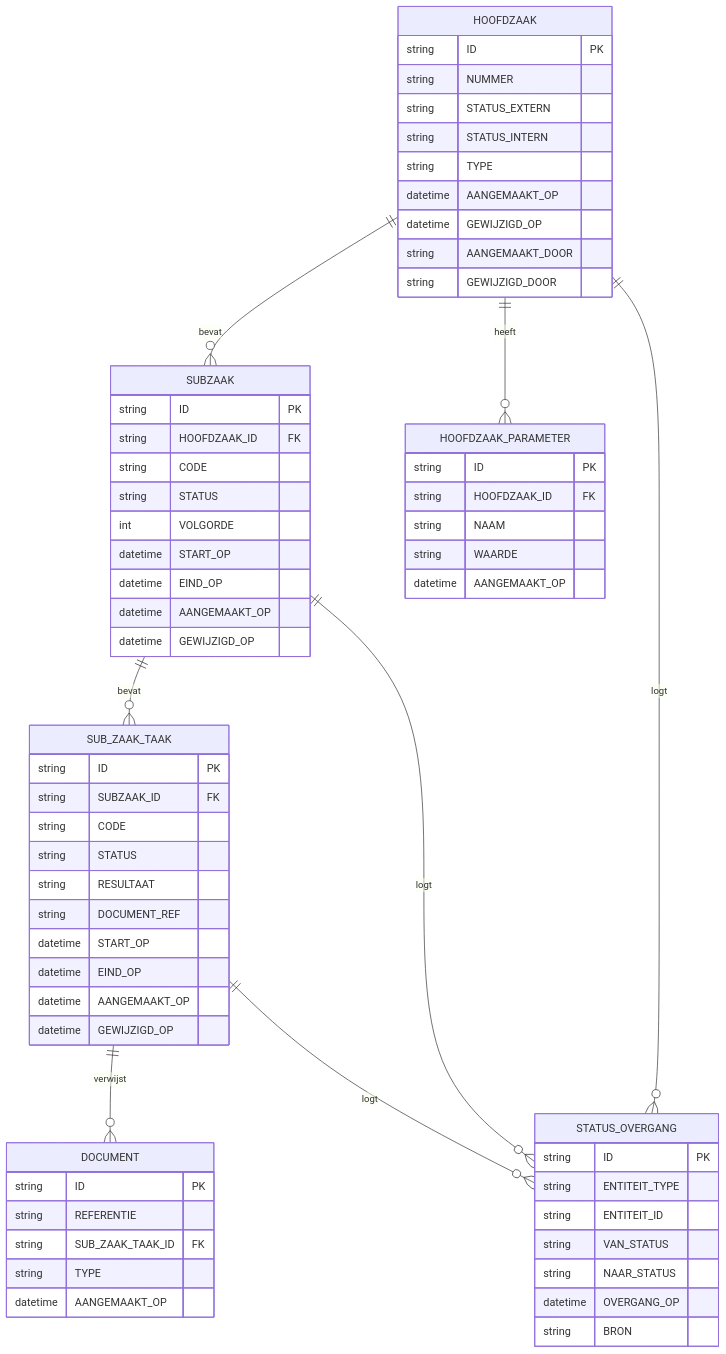
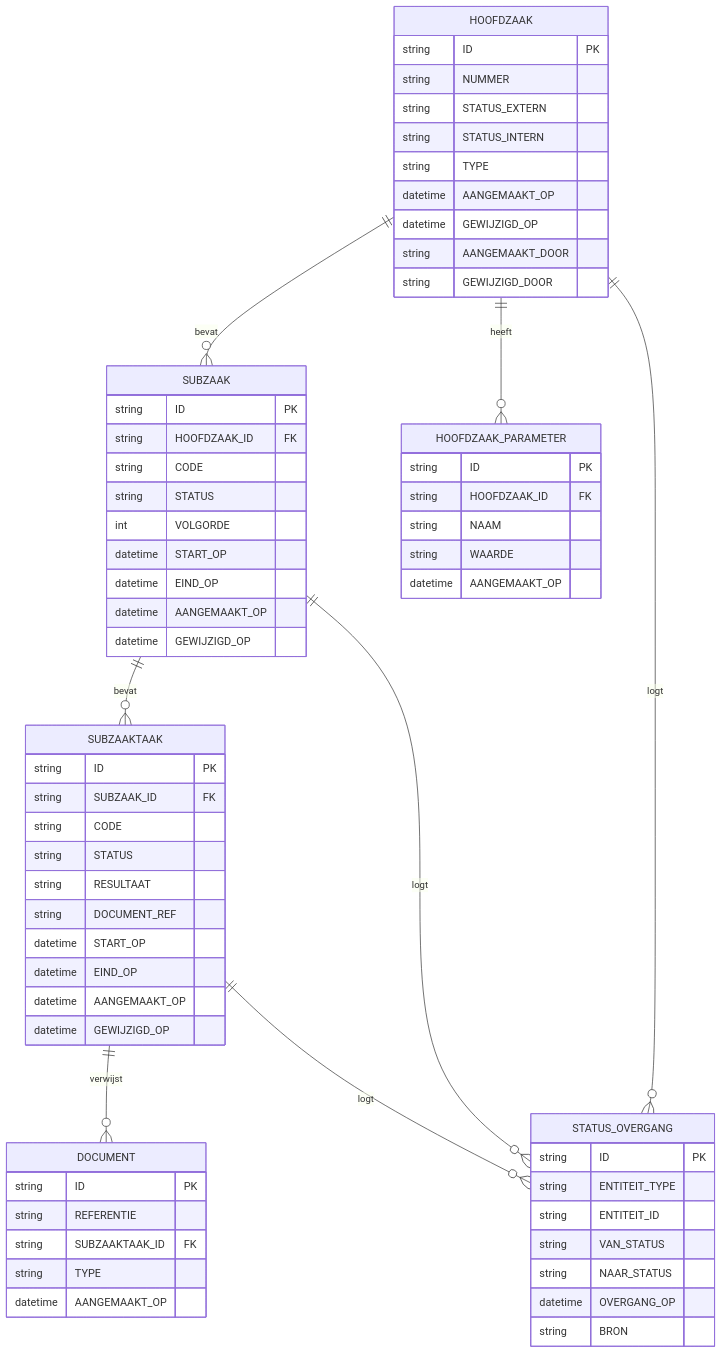
Before and after one commit to its-me-robert/procesmodel: the sixth of 6 diagrams in procesmodel.md, drawn with Mermaid. The commit also changed other lines of this file, not shown here.

Commit message:
Maak ER-entiteitnaamgeving consistent op SUBZAAKTAAK
Agent-Logs-Url: https://github.com/its-me-robert/procesmodel/sessions/dff0185c-29a8-4f68-ae3a-8d1e9a4eda48

````diff
--- a/procesmodel.md
+++ b/procesmodel.md
@@ -320,73 +320,73 @@
 ```mermaid
 erDiagram
     HOOFDZAAK {
         string ID PK
         string NUMMER
         string STATUS_EXTERN
         string STATUS_INTERN
         string TYPE
         datetime AANGEMAAKT_OP
         datetime GEWIJZIGD_OP
         string AANGEMAAKT_DOOR
         string GEWIJZIGD_DOOR
     }
 
     HOOFDZAAK_PARAMETER {
         string ID PK
         string HOOFDZAAK_ID FK
         string NAAM
         string WAARDE
         datetime AANGEMAAKT_OP
     }
 
     SUBZAAK {
         string ID PK
         string HOOFDZAAK_ID FK
         string CODE
         string STATUS
         int VOLGORDE
         datetime START_OP
         datetime EIND_OP
         datetime AANGEMAAKT_OP
         datetime GEWIJZIGD_OP
     }
 
-    SUB_ZAAK_TAAK {
+    SUBZAAKTAAK {
         string ID PK
         string SUBZAAK_ID FK
         string CODE
         string STATUS
         string RESULTAAT
         string DOCUMENT_REF
         datetime START_OP
         datetime EIND_OP
         datetime AANGEMAAKT_OP
         datetime GEWIJZIGD_OP
     }
 
     STATUS_OVERGANG {
         string ID PK
         string ENTITEIT_TYPE
         string ENTITEIT_ID
         string VAN_STATUS
         string NAAR_STATUS
         datetime OVERGANG_OP
         string BRON
     }
 
     DOCUMENT {
         string ID PK
         string REFERENTIE
-        string SUB_ZAAK_TAAK_ID FK
+        string SUBZAAKTAAK_ID FK
         string TYPE
         datetime AANGEMAAKT_OP
     }
 
     HOOFDZAAK ||--o{ SUBZAAK : bevat
     HOOFDZAAK ||--o{ HOOFDZAAK_PARAMETER : heeft
-    SUBZAAK ||--o{ SUB_ZAAK_TAAK : bevat
-    SUB_ZAAK_TAAK ||--o{ DOCUMENT : verwijst
+    SUBZAAK ||--o{ SUBZAAKTAAK : bevat
+    SUBZAAKTAAK ||--o{ DOCUMENT : verwijst
     HOOFDZAAK ||--o{ STATUS_OVERGANG : logt
     SUBZAAK ||--o{ STATUS_OVERGANG : logt
-    SUB_ZAAK_TAAK ||--o{ STATUS_OVERGANG : logt
+    SUBZAAKTAAK ||--o{ STATUS_OVERGANG : logt
 ```
````
